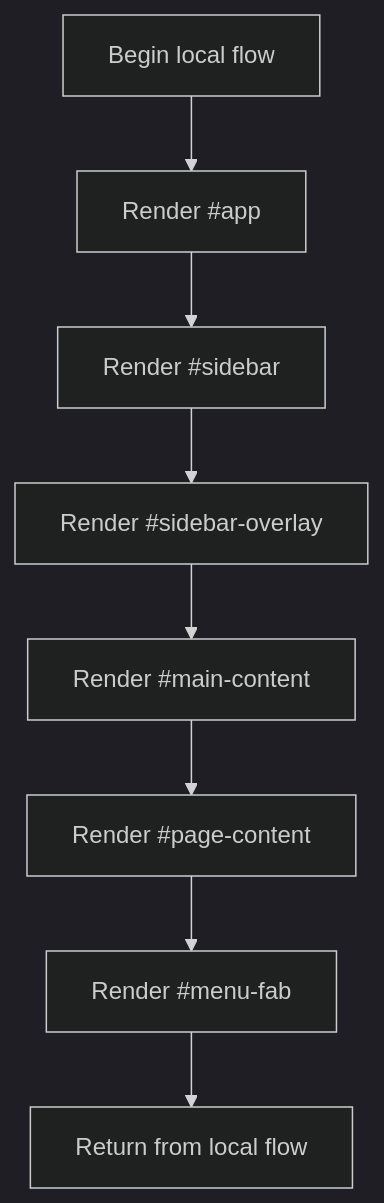
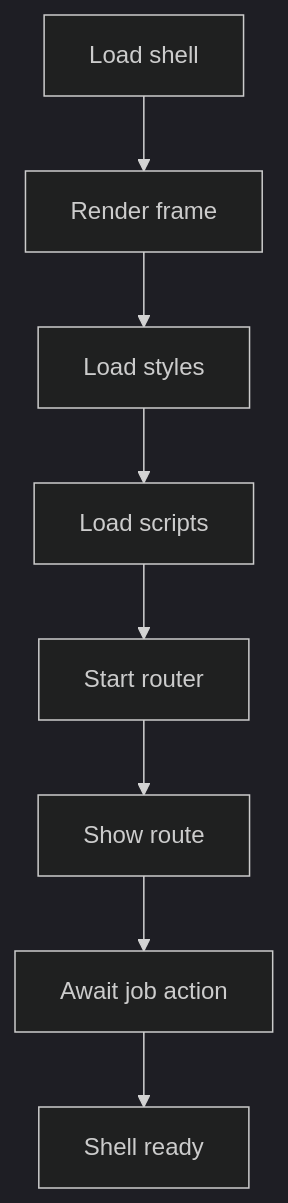
The diagram in docs/Codebase/Frontend/index.html.md (JohnAndrewBalbarosa/NeoTerritory), drawn with Mermaid (dark theme) before and after one commit. The commit also changed other lines of this file and 31 other files, not shown here.

````diff
--- a/docs/Codebase/Frontend/index.html.md
+++ b/docs/Codebase/Frontend/index.html.md
@@ -21,18 +21,18 @@
 ```mermaid
 flowchart TD
-    Start["Begin local flow"]
-    N0["Render #app"]
-    N1["Render #sidebar"]
-    N2["Render #sidebar-overlay"]
-    N3["Render #main-content"]
-    N4["Render #page-content"]
-    N5["Render #menu-fab"]
-    End["Return from local flow"]
+    Start["Load shell"]
+    N0["Render frame"]
+    N1["Load styles"]
+    N2["Load scripts"]
+    N3["Start router"]
+    N4["Show route"]
+    N5["Await job action"]
+    End["Shell ready"]
     Start --> N0
     N0 --> N1
     N1 --> N2
     N2 --> N3
     N3 --> N4
     N4 --> N5
     N5 --> End
 ```
````
